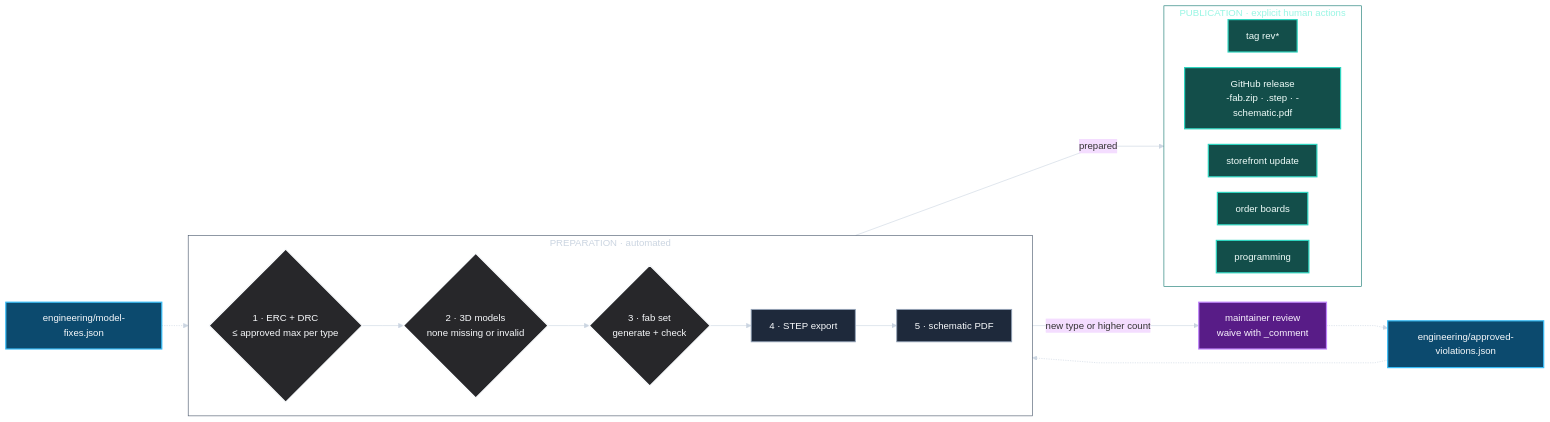
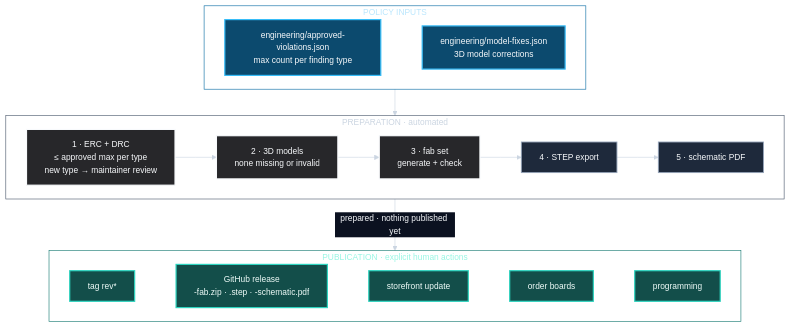
One commit to OpenDrone-hw/.github changed the fourth of 5 diagrams in OVERVIEW.md. Above: the diagram before and after it, drawn with Mermaid. The commit also changed other lines of this file, not shown here.

````diff
--- a/OVERVIEW.md
+++ b/OVERVIEW.md
@@ -110,44 +106,47 @@
 ```mermaid
-%%{init: {"theme": "base", "themeVariables": {"background": "#0b1120", "lineColor": "#cbd5e1", "fontFamily": "Inter, ui-sans-serif, system-ui"}, "flowchart": {"curve": "linear", "nodeSpacing": 26, "rankSpacing": 44}}}%%
-flowchart LR
+%%{init: {"theme": "base", "themeVariables": {"background": "#0b1120", "lineColor": "#cbd5e1", "primaryTextColor": "#f8fafc", "edgeLabelBackground": "#0b1120", "fontSize": "14px"}, "flowchart": {"curve": "linear", "nodeSpacing": 26, "rankSpacing": 44}}}%%
+flowchart TB
+    subgraph INPUTS["POLICY INPUTS"]
+        direction LR
+        AV["engineering/approved-violations.json<br/>max count per finding type"]
+        MF["engineering/model-fixes.json<br/>3D model corrections"]
+        AV ~~~ MF
+    end
+
     subgraph PREP["PREPARATION · automated"]
         direction LR
-        G1{"1 · ERC + DRC<br/>≤ approved max per type"}
-        G2{"2 · 3D models<br/>none missing or invalid"}
-        G3{"3 · fab set<br/>generate + check"}
+        G1["1 · ERC + DRC<br/>≤ approved max per type<br/>new type → maintainer review"]
+        G2["2 · 3D models<br/>none missing or invalid"]
+        G3["3 · fab set<br/>generate + check"]
         G4["4 · STEP export"]
         G5["5 · schematic PDF"]
         G1 --> G2 --> G3 --> G4 --> G5
     end
-
-    AV["engineering/approved-violations.json"] -.-> G1
-    MF["engineering/model-fixes.json"] -.-> G2
-    G1 -->|"new type or higher count"| REV["maintainer review<br/>waive with _comment"]
-    REV -.-> AV
 
     subgraph PUB["PUBLICATION · explicit human actions"]
         direction LR
         H1["tag rev*"]
         H2["GitHub release<br/>-fab.zip · .step · -schematic.pdf"]
         H3["storefront update"]
         H4["order boards"]
         H5["programming"]
+        H1 ~~~ H2 ~~~ H3 ~~~ H4 ~~~ H5
     end
 
-    G5 -->|"prepared"| H1
+    INPUTS --> PREP
+    PREP -->|"prepared · nothing published yet"| PUB
 
+    classDef policy fill:#0c4a6e,stroke:#38bdf8,color:#f8fafc,stroke-width:2px;
     classDef gate fill:#27272a,stroke:#f8fafc,color:#f8fafc,stroke-width:2px;
     classDef step fill:#1e293b,stroke:#94a3b8,color:#f8fafc,stroke-width:1.5px;
-    classDef policy fill:#0c4a6e,stroke:#38bdf8,color:#f8fafc,stroke-width:2px;
-    classDef human fill:#581c87,stroke:#c084fc,color:#faf5ff,stroke-width:2px;
     classDef release fill:#134e4a,stroke:#2dd4bf,color:#f0fdfa,stroke-width:2px;
 
+    class AV,MF policy;
     class G1,G2,G3 gate;
     class G4,G5 step;
-    class AV,MF policy;
-    class REV human;
     class H1,H2,H3,H4,H5 release;
 
+    style INPUTS fill:transparent,stroke:#0369a1,color:#bae6fd;
     style PREP fill:transparent,stroke:#475569,color:#cbd5e1;
     style PUB fill:transparent,stroke:#0f766e,color:#99f6e4;
 ```
````
